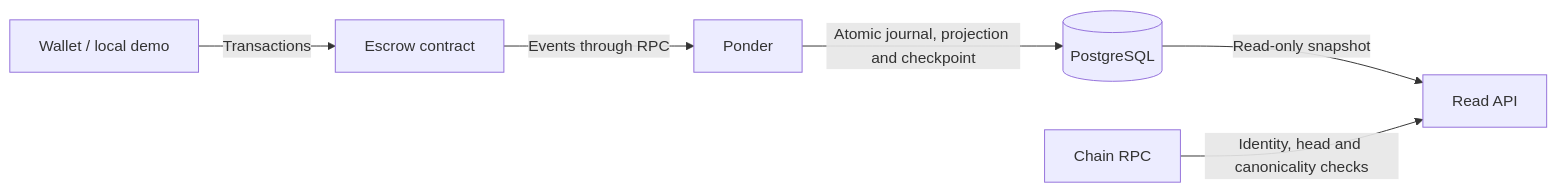
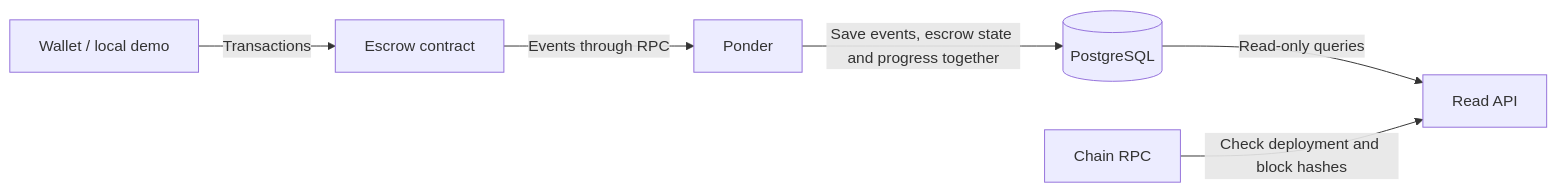
The diagram in README.md (dubzn/remitee-challenge), drawn with Mermaid before and after one commit. The commit also changed other lines of this file and 1 other file, not shown here.

````diff
--- a/README.md
+++ b/README.md
@@ -54,8 +58,8 @@
 ```mermaid
 flowchart LR
     Wallet[Wallet / local demo] -->|Transactions| Escrow[Escrow contract]
     Escrow -->|Events through RPC| Ponder[Ponder]
-    Ponder -->|Atomic journal, projection and checkpoint| DB[(PostgreSQL)]
-    DB -->|Read-only snapshot| API[Read API]
-    RPC[Chain RPC] -->|Identity, head and canonicality checks| API
+    Ponder -->|Save events, escrow state and progress together| DB[(PostgreSQL)]
+    DB -->|Read-only queries| API[Read API]
+    RPC[Chain RPC] -->|Check deployment and block hashes| API
 ```
````
